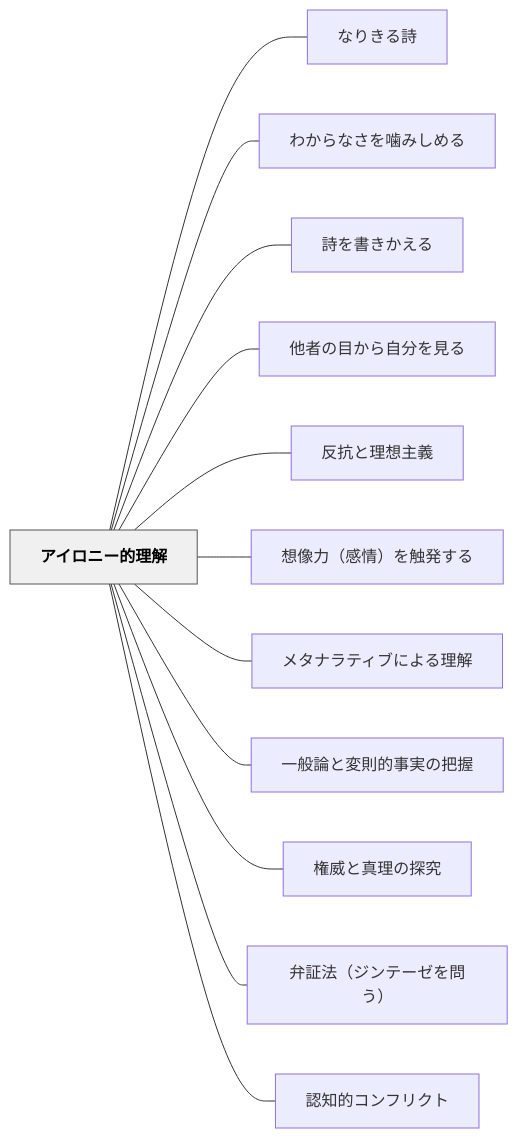
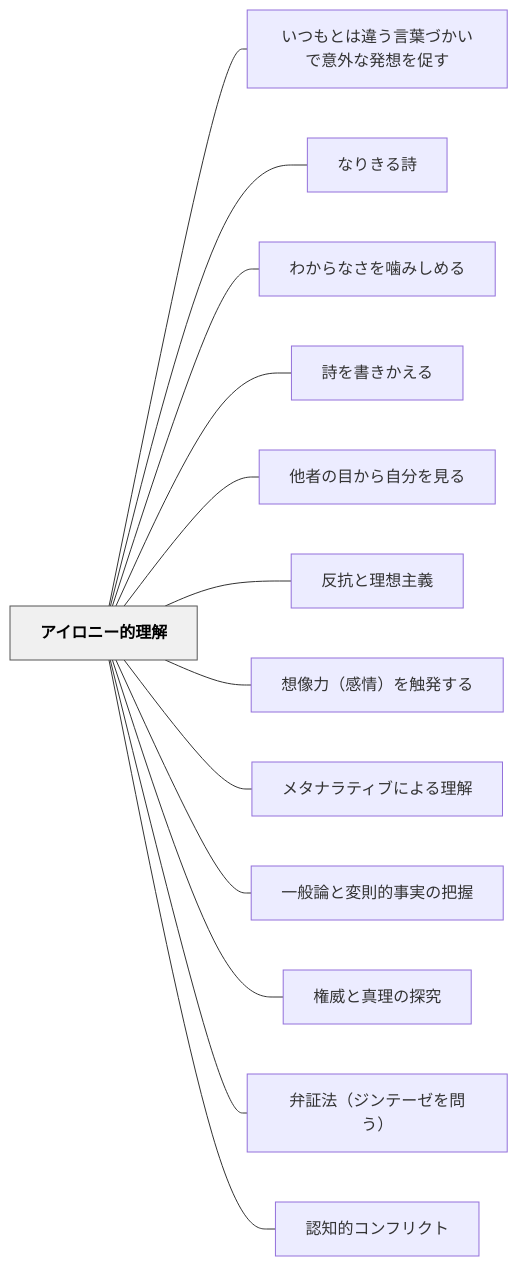
One commit to unknownthings-ed-patterns/unknownthings-ed-patterns changed the diagram in content/パタン/アイロニー的理解.md. Above: the diagram before and after it, drawn with Mermaid. The commit also changed other lines of this file and 47 other files, not shown here.

````diff
--- a/content/パタン/アイロニー的理解.md
+++ b/content/パタン/アイロニー的理解.md
@@ -55,30 +56,32 @@
 ```mermaid
 flowchart LR
     ne382a2e382a4["アイロニー的理解"]
+    ne38184e381a4["いつもとは違う言葉づかいで意外な発想を促す"]
     ne381aae3828a["なりきる詩"]
     ne3828fe3818b["わからなさを噛みしめる"]
     ne8a9a9e38292["詩を書きかえる"]
     ne4bb96e88085["他者の目から自分を見る"]
     ne58f8de68a97["反抗と理想主義"]
     ne683b3e5838f["想像力（感情）を触発する"]
     ne383a1e382bf["メタナラティブによる理解"]
     ne4b880e888ac["一般論と変則的事実の把握"]
     ne6a8a9e5a881["権威と真理の探究"]
     ne5bc81e8a8bc["弁証法（ジンテーゼを問う）"]
     ne8aa8de79fa5["認知的コンフリクト"]
 
+    ne382a2e382a4 --- ne38184e381a4
     ne382a2e382a4 --- ne381aae3828a
     ne382a2e382a4 --- ne3828fe3818b
     ne382a2e382a4 --- ne8a9a9e38292
     ne382a2e382a4 --- ne4bb96e88085
     ne382a2e382a4 --- ne58f8de68a97
     ne382a2e382a4 --- ne683b3e5838f
     ne382a2e382a4 --- ne383a1e382bf
     ne382a2e382a4 --- ne4b880e888ac
     ne382a2e382a4 --- ne6a8a9e5a881
     ne382a2e382a4 --- ne5bc81e8a8bc
     ne382a2e382a4 --- ne8aa8de79fa5
 
     classDef hub fill:#f0f0f0,stroke:#555,color:#000,font-weight:bold
     class ne382a2e382a4 hub
 ```
````
